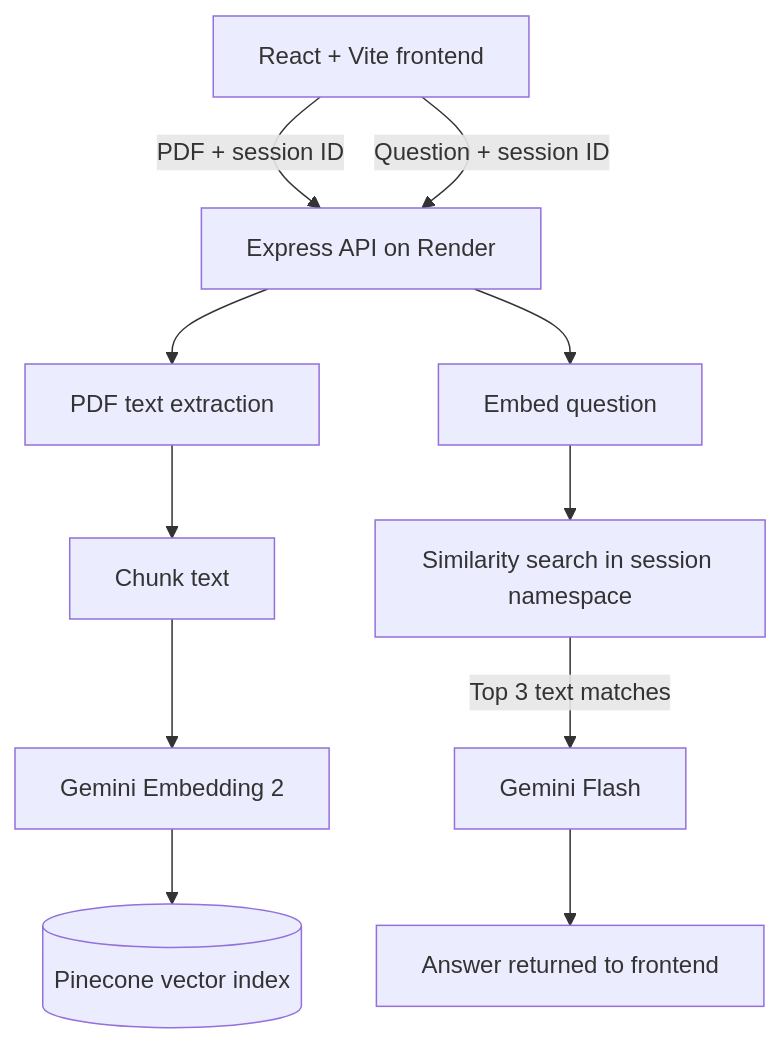
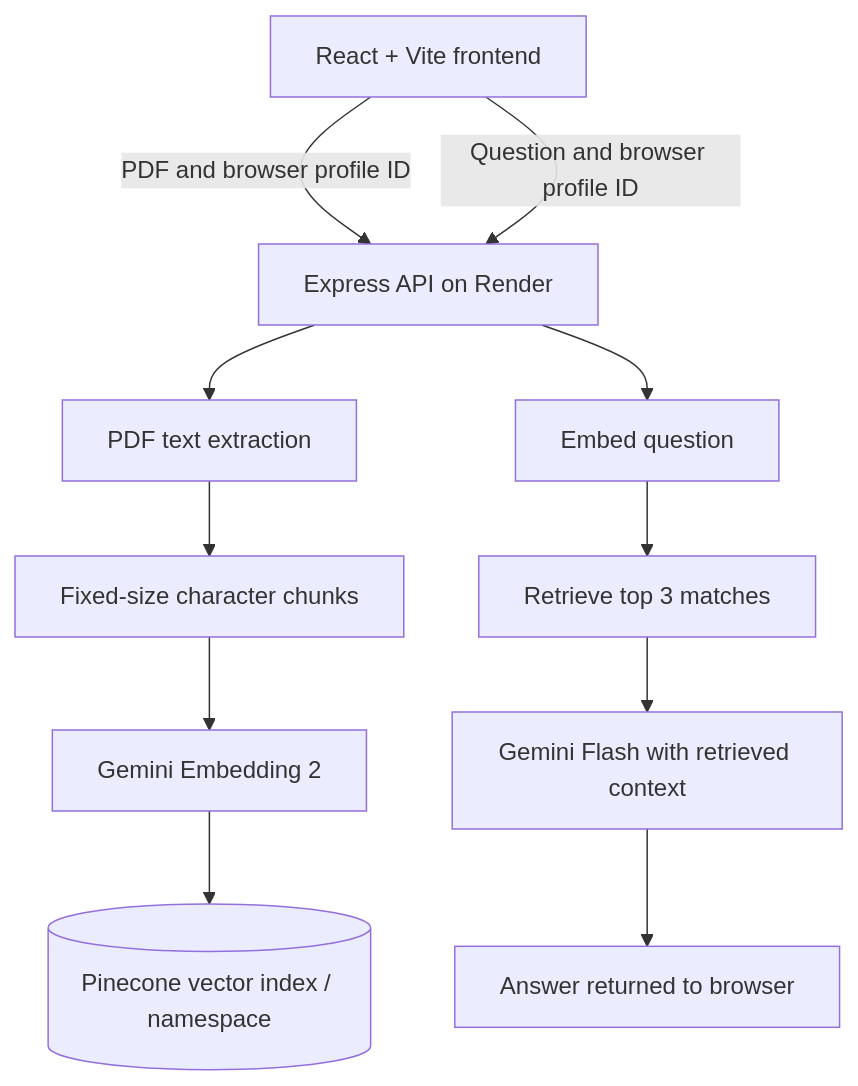
The diagram in README.md (MaybeAditya/Document-Analyser), drawn with Mermaid before and after one commit. The commit also changed other lines of this file, not shown here.

````diff
--- a/README.md
+++ b/README.md
@@ -20,13 +20,13 @@
 ```mermaid
 flowchart TD
-    A[React + Vite frontend] -->|PDF + session ID| B[Express API on Render]
+    A[React + Vite frontend] -->|PDF and browser profile ID| B[Express API on Render]
     B --> C[PDF text extraction]
-    C --> D[Chunk text]
+    C --> D[Fixed-size character chunks]
     D --> E[Gemini Embedding 2]
-    E --> F[(Pinecone vector index)]
-    A -->|Question + session ID| B
+    E --> F[(Pinecone vector index / namespace)]
+    A -->|Question and browser profile ID| B
     B --> G[Embed question]
-    G --> H[Similarity search in session namespace]
-    H -->|Top 3 text matches| I[Gemini Flash]
-    I --> J[Answer returned to frontend]
+    G --> H[Retrieve top 3 matches]
+    H --> I[Gemini Flash with retrieved context]
+    I --> J[Answer returned to browser]
 ```
````
